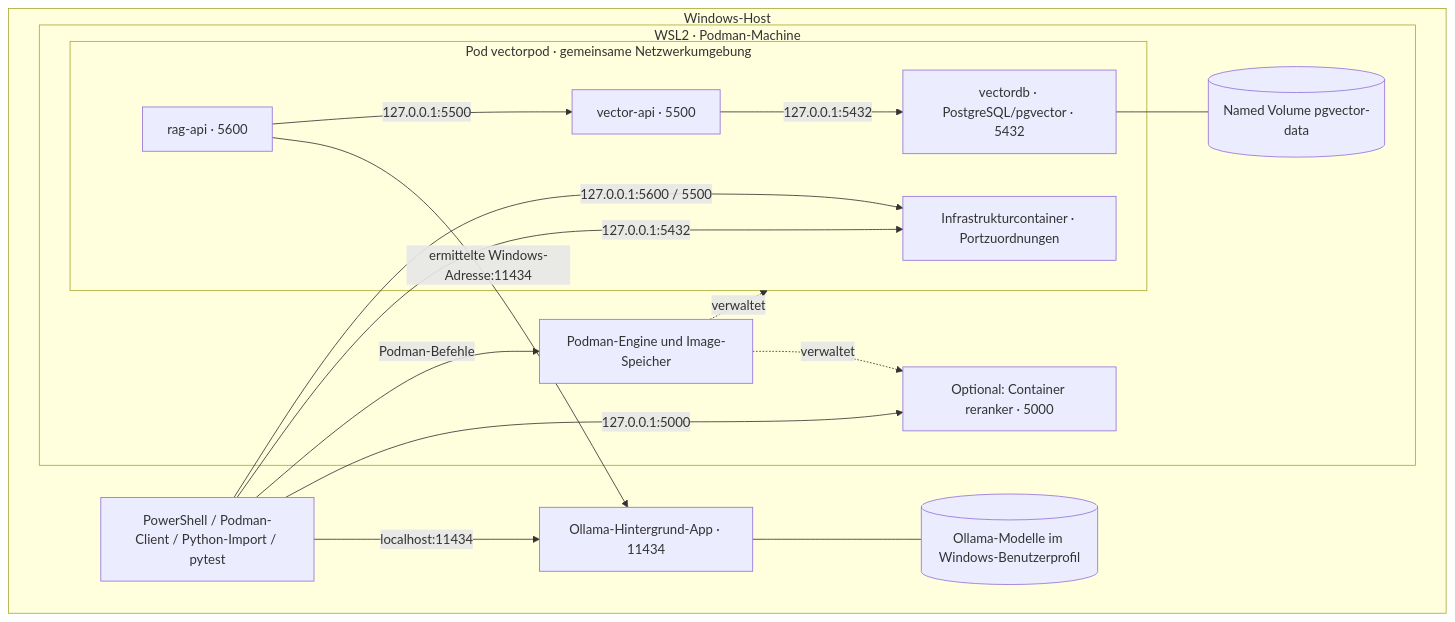
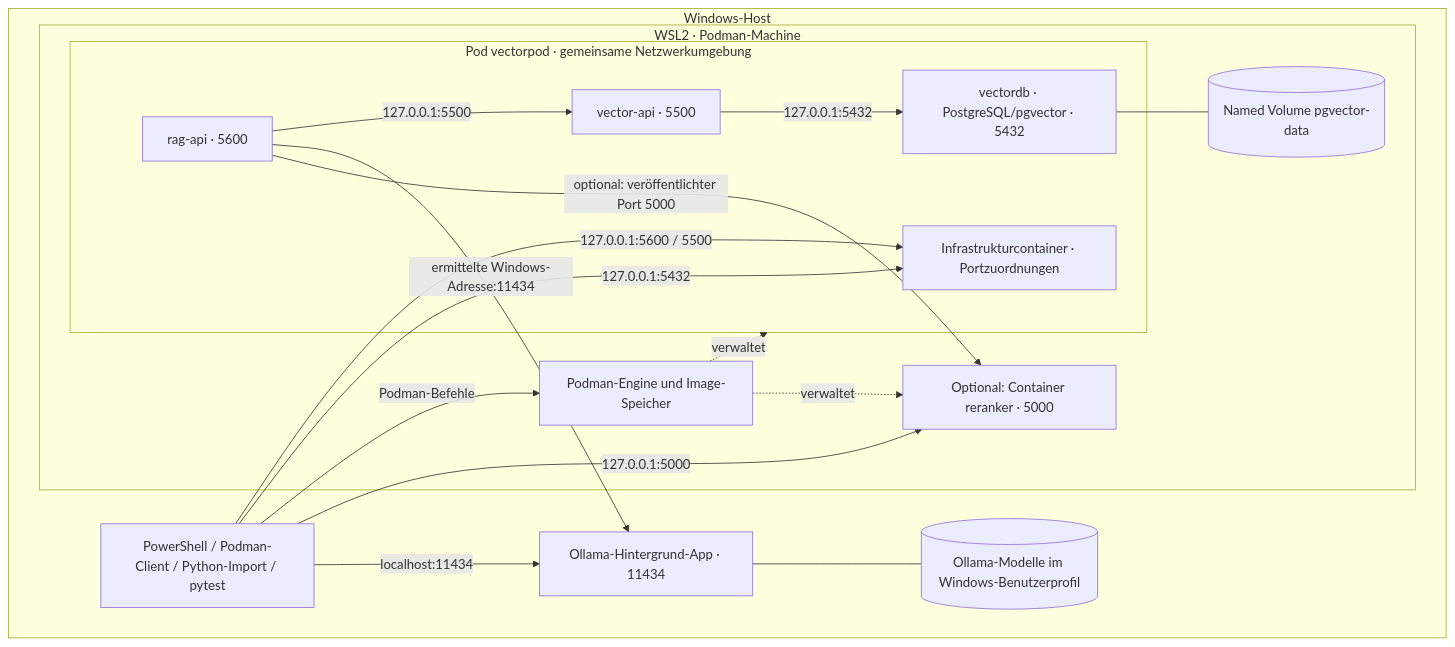
Before and after one commit to WolfgangNiebuhr/roemerrag: the diagram in docs/7-verteilungssicht.md, drawn with Mermaid. The commit also changed other lines of this file and 6 other files, not shown here.

````diff
--- a/docs/7-verteilungssicht.md
+++ b/docs/7-verteilungssicht.md
@@ -7,31 +16,32 @@
 ```mermaid
 flowchart TB
     subgraph windows["Windows-Host"]
         cli["PowerShell / Podman-Client / Python-Import / pytest"]
         ollama["Ollama-Hintergrund-App · 11434"]
         models[("Ollama-Modelle im Windows-Benutzerprofil")]
         subgraph wsl["WSL2 · Podman-Machine"]
             engine["Podman-Engine und Image-Speicher"]
             subgraph pod["Pod vectorpod · gemeinsame Netzwerkumgebung"]
                 infra["Infrastrukturcontainer · Portzuordnungen"]
                 db["vectordb · PostgreSQL/pgvector · 5432"]
                 vector["vector-api · 5500"]
                 rag["rag-api · 5600"]
                 rag -->|"127.0.0.1:5500"| vector
                 vector -->|"127.0.0.1:5432"| db
             end
             volume[("Named Volume pgvector-data")]
             rerank["Optional: Container reranker · 5000"]
             db --- volume
             engine -. verwaltet .-> pod
             engine -. verwaltet .-> rerank
         end
         cli -->|"Podman-Befehle"| engine
         cli -->|"127.0.0.1:5600 / 5500"| infra
         cli -->|"127.0.0.1:5432"| infra
         cli -->|"127.0.0.1:5000"| rerank
         cli -->|"localhost:11434"| ollama
         rag -->|"ermittelte Windows-Adresse:11434"| ollama
+        rag -->|"optional: veröffentlichter Port 5000"| rerank
         ollama --- models
     end
 ```
````
